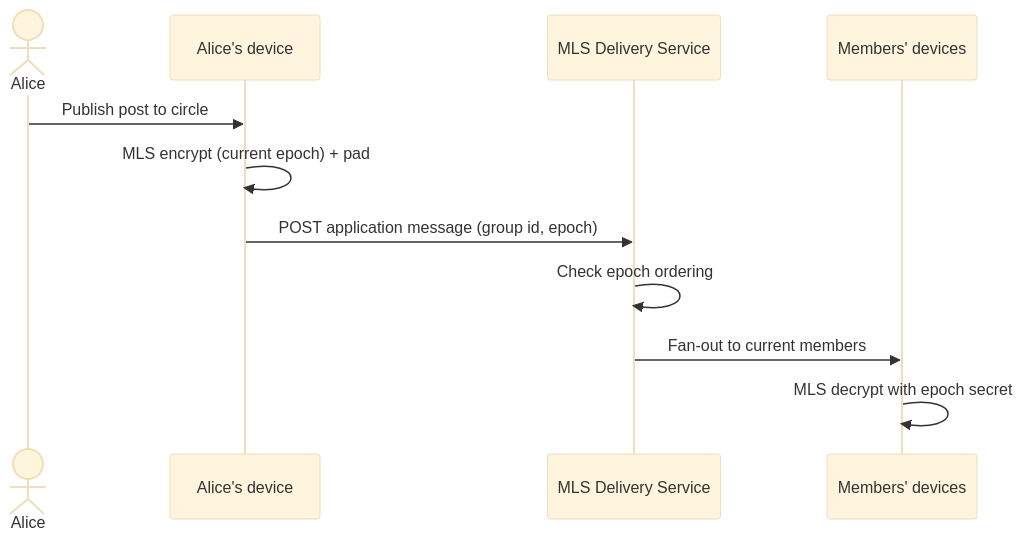
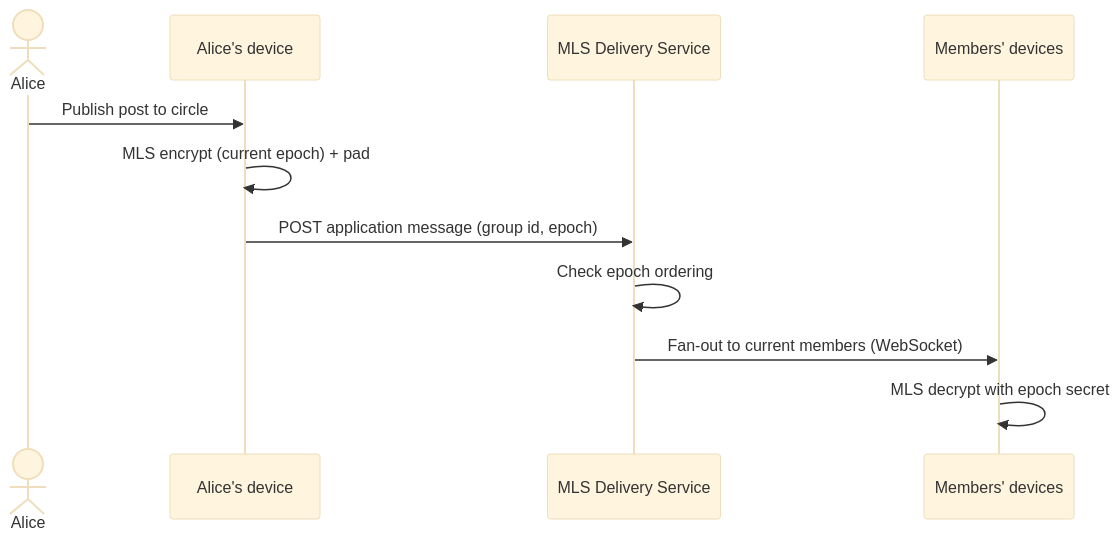
The second of 2 diagrams in docs/architecture/diagrams/e2e-messaging/03-sequence.md (benoit-bremaud/huis-clos), drawn with Mermaid (base theme) before and after one commit. The commit also changed other lines of this file and 8 other files, not shown here.

````diff
--- a/docs/architecture/diagrams/e2e-messaging/03-sequence.md
+++ b/docs/architecture/diagrams/e2e-messaging/03-sequence.md
@@ -40,14 +41,14 @@
 ```mermaid
 sequenceDiagram
     actor Alice
     participant AD as Alice's device
     participant DS as MLS Delivery Service
     participant MD as Members' devices
 
     Alice->>AD: Publish post to circle
     AD->>AD: MLS encrypt (current epoch) + pad
     AD->>DS: POST application message (group id, epoch)
     DS->>DS: Check epoch ordering
-    DS->>MD: Fan-out to current members
+    DS->>MD: Fan-out to current members (WebSocket)
     MD->>MD: MLS decrypt with epoch secret
 ```
````
